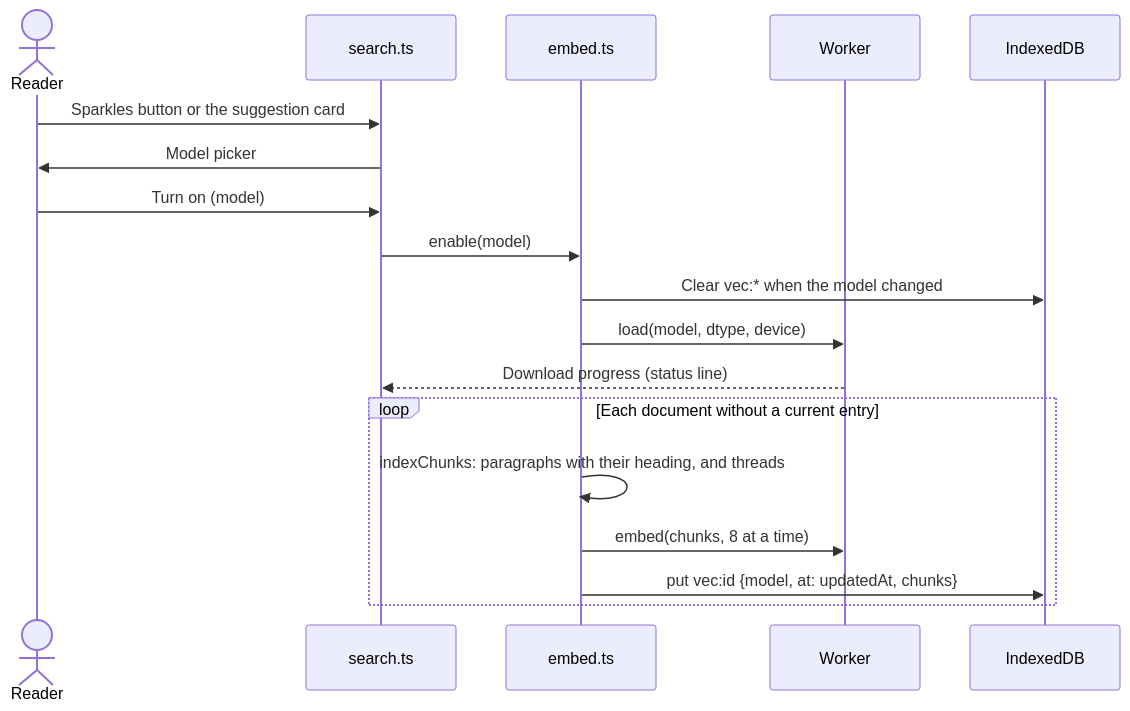
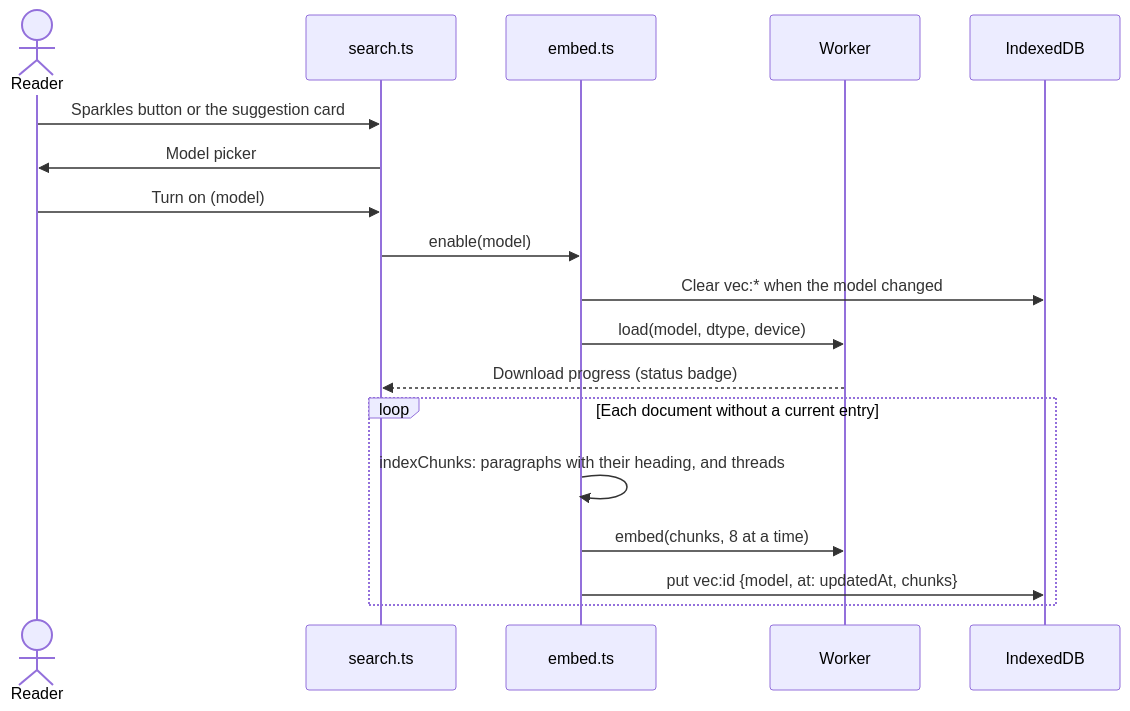
One commit to secutils-dev/secutils changed the second of 4 diagrams in dev/tools/js/mars/README.md. Above: the diagram before and after it, drawn with Mermaid. The commit also changed other lines of this file and 5 other files, not shown here.

Commit message:
feat(mars): show smart-search status as a badge beside the Documents title

````diff
--- a/dev/tools/js/mars/README.md
+++ b/dev/tools/js/mars/README.md
@@ -128,20 +128,20 @@
 ```mermaid
 sequenceDiagram
     actor Reader
     participant UI as search.ts
     participant E as embed.ts
     participant W as Worker
     participant DB as IndexedDB
     Reader->>UI: Sparkles button or the suggestion card
     UI->>Reader: Model picker
     Reader->>UI: Turn on (model)
     UI->>E: enable(model)
     E->>DB: Clear vec:* when the model changed
     E->>W: load(model, dtype, device)
-    W-->>UI: Download progress (status line)
+    W-->>UI: Download progress (status badge)
     loop Each document without a current entry
         E->>E: indexChunks: paragraphs with their heading, and threads
         E->>W: embed(chunks, 8 at a time)
         E->>DB: put vec:id {model, at: updatedAt, chunks}
     end
 ```
````
